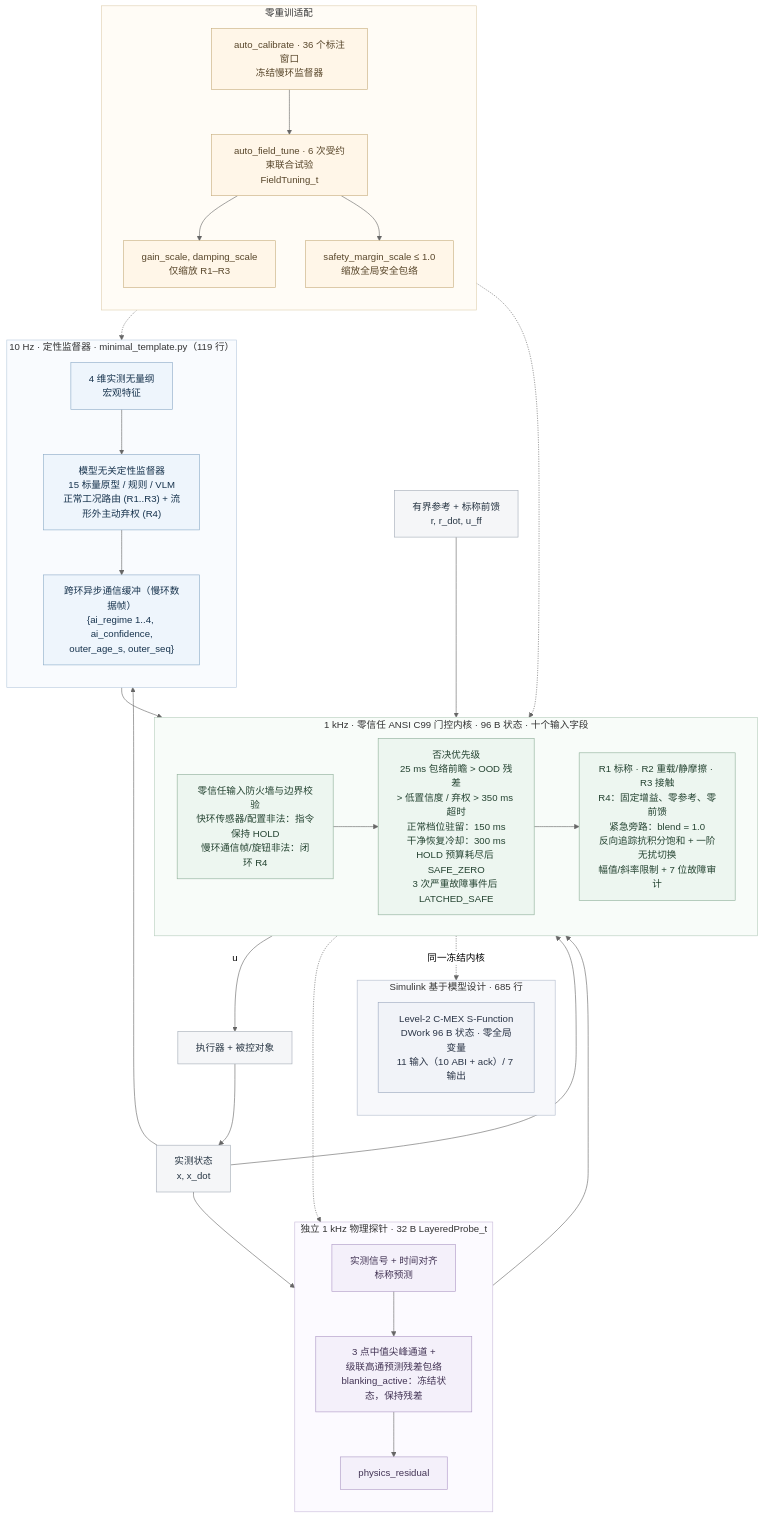
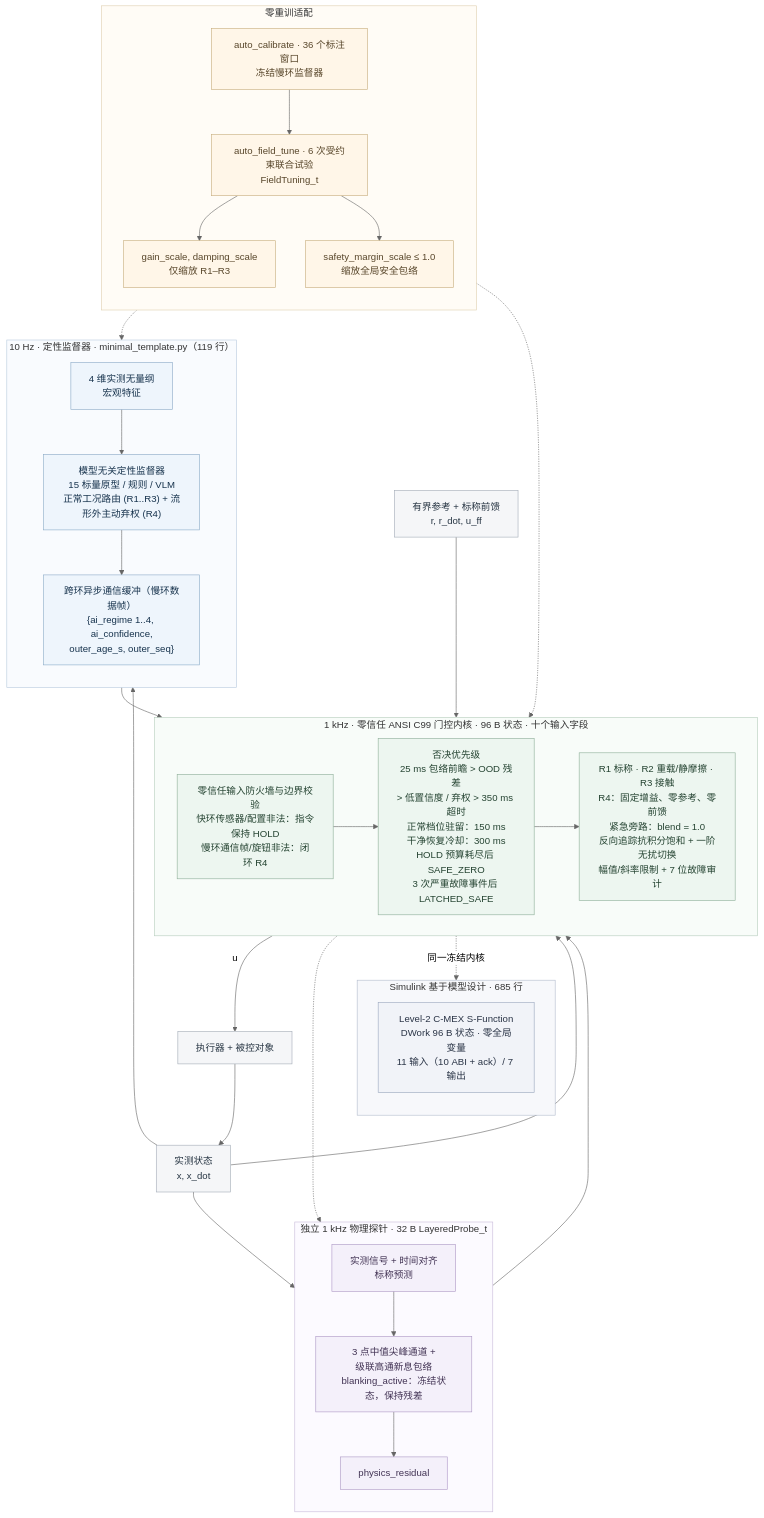
One commit to lijiawei255/ai-layered-control changed the diagram in README_zh.md. Above: the diagram before and after it, drawn with Mermaid (neutral theme). The commit also changed other lines of this file and 21 other files, not shown here.

````diff
--- a/README_zh.md
+++ b/README_zh.md
@@ -84,70 +107,70 @@
 ```mermaid
 flowchart TB
     subgraph slow["10 Hz · 定性监督器 · minimal_template.py（119 行）"]
         direction TB
         features["4 维实测无量纲<br/>宏观特征"]
         supervisor["模型无关定性监督器<br/>15 标量原型 / 规则 / VLM<br/>正常工况路由 (R1..R3) + 流形外主动弃权 (R4)"]
         mailbox["跨环异步通信缓冲（慢环数据帧）<br/>{ai_regime 1..4, ai_confidence,<br/>outer_age_s, outer_seq}"]
         features --> supervisor --> mailbox
     end
     subgraph probe["独立 1 kHz 物理探针 · 32 B LayeredProbe_t"]
         direction TB
         innovation["实测信号 + 时间对齐<br/>标称预测"]
-        channels["3 点中值尖峰通道 +<br/>级联高通预测残差包络<br/>blanking_active：冻结状态，保持残差"]
+        channels["3 点中值尖峰通道 +<br/>级联高通新息包络<br/>blanking_active：冻结状态，保持残差"]
         residual["physics_residual"]
         innovation --> channels --> residual
     end
     subgraph fast["1 kHz · 零信任 ANSI C99 门控内核 · 96 B 状态 · 十个输入字段"]
         direction LR
         firewall["零信任输入防火墙与边界校验<br/>快环传感器/配置非法：指令保持 HOLD<br/>慢环通信帧/旋钮非法：闭环 R4"]
         gates["否决优先级<br/>25 ms 包络前瞻 > OOD 残差<br/>> 低置信度 / 弃权 > 350 ms 超时<br/>正常档位驻留：150 ms<br/>干净恢复冷却：300 ms<br/>HOLD 预算耗尽后 SAFE_ZERO<br/>3 次严重故障事件后 LATCHED_SAFE"]
         bank["R1 标称 · R2 重载/静摩擦 · R3 接触<br/>R4：固定增益、零参考、零前馈<br/>紧急旁路：blend = 1.0<br/>反向追踪抗积分饱和 + 一阶无扰切换<br/>幅值/斜率限制 + 7 位故障审计"]
         firewall --> gates --> bank
     end
     subgraph mbd["Simulink 基于模型设计 · 685 行"]
         direction TB
         sfun["Level-2 C-MEX S-Function<br/>DWork 96 B 状态 · 零全局变量<br/>11 输入（10 ABI + ack）/ 7 输出"]
     end
     subgraph adapt["零重训适配"]
         direction TB
         calibrate["auto_calibrate · 36 个标注窗口<br/>冻结慢环监督器"]
         tune["auto_field_tune · 6 次受约束联合试验<br/>FieldTuning_t"]
         gains["gain_scale, damping_scale<br/>仅缩放 R1–R3"]
         margin["safety_margin_scale ≤ 1.0<br/>缩放全局安全包络"]
         calibrate --> tune
         tune --> gains
         tune --> margin
     end
     reference["有界参考 + 标称前馈<br/>r, r_dot, u_ff"]
     plant["执行器 + 被控对象"]
     sensor["实测状态<br/>x, x_dot"]
     reference --> fast
     slow --> fast
     probe --> fast
     fast -->|"u"| plant
     plant --> sensor
     sensor --> fast
     sensor --> slow
     sensor --> probe
     fast -.-> probe
     fast -.->|"同一冻结内核"| sfun
     adapt -.-> slow
     adapt -.-> fast
     classDef slowNode fill:#eef5fc,stroke:#8baac7,color:#17334d;
     classDef probeNode fill:#f4f0fa,stroke:#ad98c5,color:#423354;
     classDef coreNode fill:#edf6f0,stroke:#8eaf99,color:#244331;
     classDef adaptNode fill:#fff6e8,stroke:#c7ad7d,color:#58462a;
     classDef ioNode fill:#f5f6f8,stroke:#a4acb7,color:#283644;
     classDef mbdNode fill:#f1f3f8,stroke:#9aa7bd,color:#2a3446;
     class features,supervisor,mailbox slowNode;
     class innovation,channels,residual probeNode;
     class firewall,gates,bank coreNode;
     class calibrate,tune,gains,margin adaptNode;
     class reference,plant,sensor ioNode;
     class sfun mbdNode;
     style slow fill:#f9fbfe,stroke:#b8cbde
     style probe fill:#fcfaff,stroke:#c9bbda
     style fast fill:#f8fcf9,stroke:#b6cdbd
     style mbd fill:#f7f8fb,stroke:#b3bccd
     style adapt fill:#fffcf6,stroke:#dfcfaf
 ```
````
